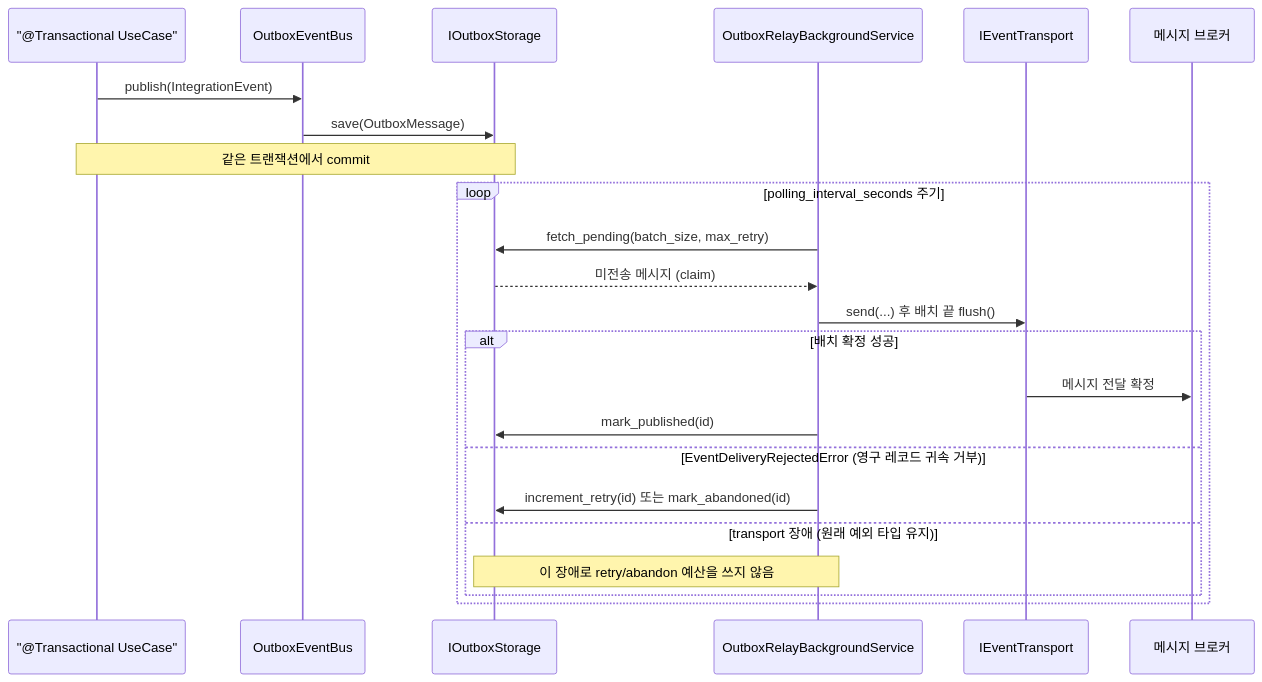
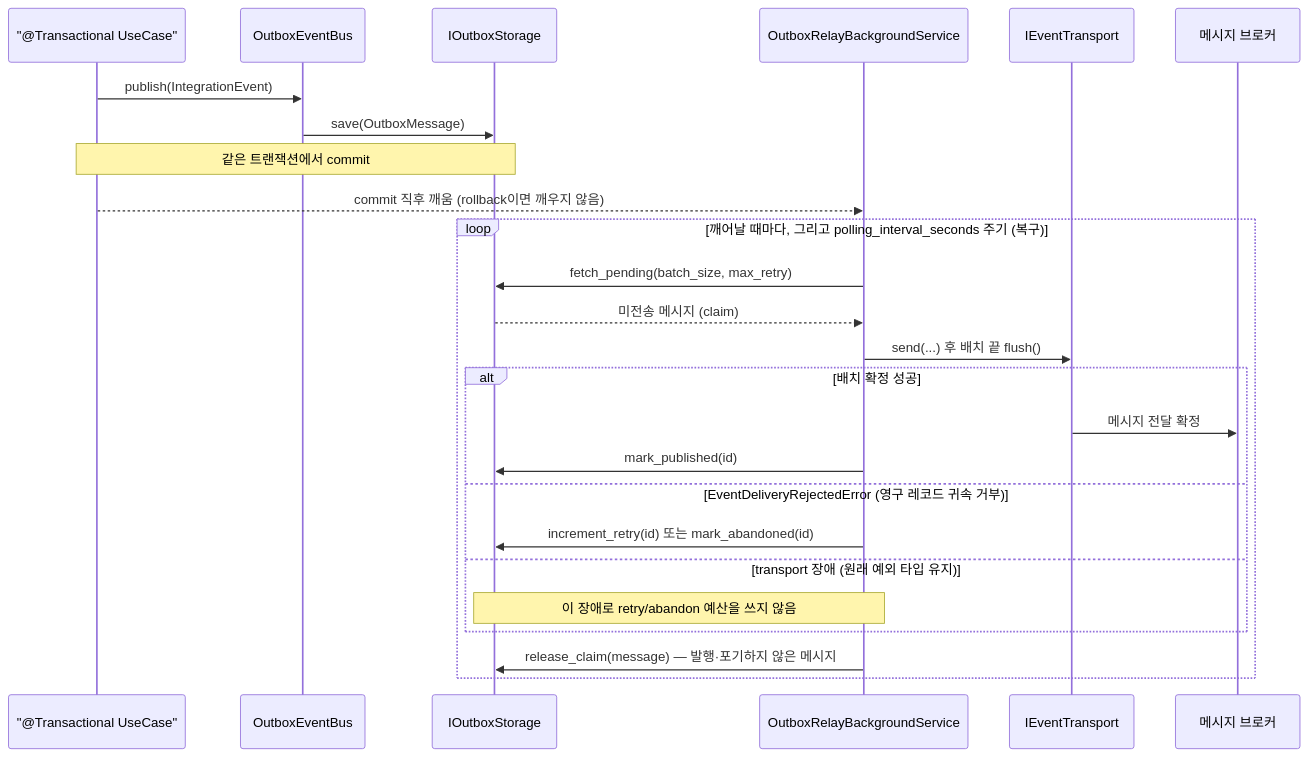
The first of 2 diagrams in docs/guides/outbox.md (E5presso/spakky-framework), drawn with Mermaid before and after one commit. The commit also changed other lines of this file and 42 other files, not shown here.

````diff
--- a/docs/guides/outbox.md
+++ b/docs/guides/outbox.md
@@ -29,26 +32,28 @@
 ```mermaid
 sequenceDiagram
   participant UseCase as "@Transactional UseCase"
   participant Bus as OutboxEventBus
   participant Storage as IOutboxStorage
   participant Relay as OutboxRelayBackgroundService
   participant Transport as IEventTransport
   participant Broker as 메시지 브로커
 
   UseCase->>Bus: publish(IntegrationEvent)
   Bus->>Storage: save(OutboxMessage)
   Note over UseCase,Storage: 같은 트랜잭션에서 commit
-  loop polling_interval_seconds 주기
+  UseCase-->>Relay: commit 직후 깨움 (rollback이면 깨우지 않음)
+  loop 깨어날 때마다, 그리고 polling_interval_seconds 주기 (복구)
     Relay->>Storage: fetch_pending(batch_size, max_retry)
     Storage-->>Relay: 미전송 메시지 (claim)
     Relay->>Transport: send(...) 후 배치 끝 flush()
     alt 배치 확정 성공
       Transport->>Broker: 메시지 전달 확정
       Relay->>Storage: mark_published(id)
     else EventDeliveryRejectedError (영구 레코드 귀속 거부)
       Relay->>Storage: increment_retry(id) 또는 mark_abandoned(id)
     else transport 장애 (원래 예외 타입 유지)
       Note over Relay,Storage: 이 장애로 retry/abandon 예산을 쓰지 않음
     end
+    Relay->>Storage: release_claim(message) — 발행·포기하지 않은 메시지
   end
 ```
````
